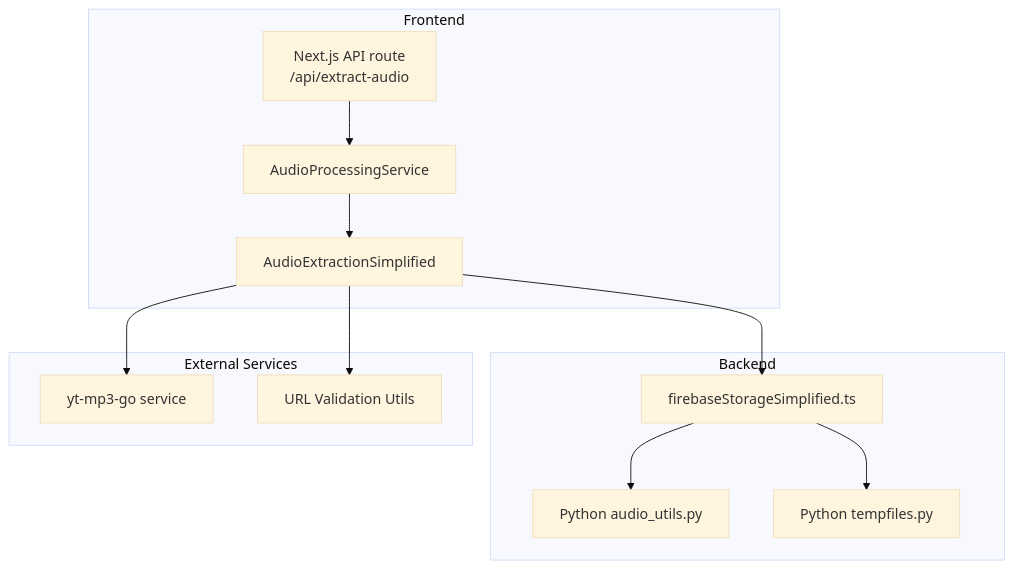
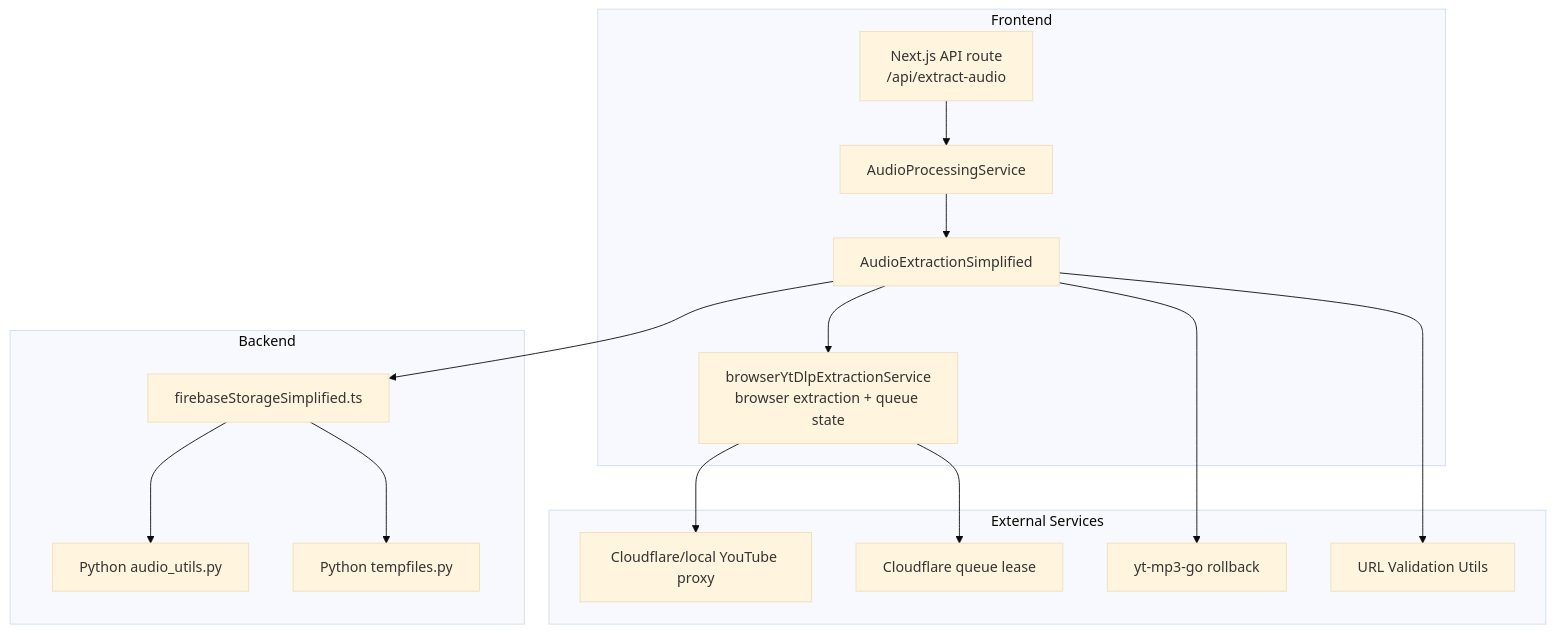
One commit to ptnghia-j/ChordMiniApp changed the first of 7 diagrams in .qoder/repowiki/en/content/Audio Processing and Analysis/Audio Pipeline.md. Above: the diagram before and after it, drawn with Mermaid (base theme). The commit also changed other lines of this file and 32 other files, not shown here.

````diff
--- a/.qoder/repowiki/en/content/Audio Processing and Analysis/Audio Pipeline.md
+++ b/.qoder/repowiki/en/content/Audio Processing and Analysis/Audio Pipeline.md
@@ -41,24 +41,30 @@
 ```mermaid
 graph TB
 subgraph "Frontend"
 FE_API["Next.js API route<br/>/api/extract-audio"]
 FE_Service["AudioProcessingService"]
 FE_Extraction["AudioExtractionSimplified"]
+FE_BROWSER["browserYtDlpExtractionService<br/>browser extraction + queue state"]
 end
 subgraph "Backend"
 BE_Utils["Python audio_utils.py"]
 BE_Temp["Python tempfiles.py"]
 BE_Firestore["firebaseStorageSimplified.ts"]
 end
 subgraph "External Services"
-YT_IO["yt-mp3-go service"]
+YT_PROXY["Cloudflare/local YouTube proxy"]
+YT_QUEUE["Cloudflare queue lease"]
+YT_IO["yt-mp3-go rollback"]
 YT_URL["URL Validation Utils"]
 end
 FE_API --> FE_Service
 FE_Service --> FE_Extraction
+FE_Extraction --> FE_BROWSER
+FE_BROWSER --> YT_QUEUE
+FE_BROWSER --> YT_PROXY
 FE_Extraction --> YT_IO
 FE_Extraction --> BE_Firestore
 FE_Extraction --> YT_URL
 BE_Firestore --> BE_Temp
 BE_Firestore --> BE_Utils
 ```
````
